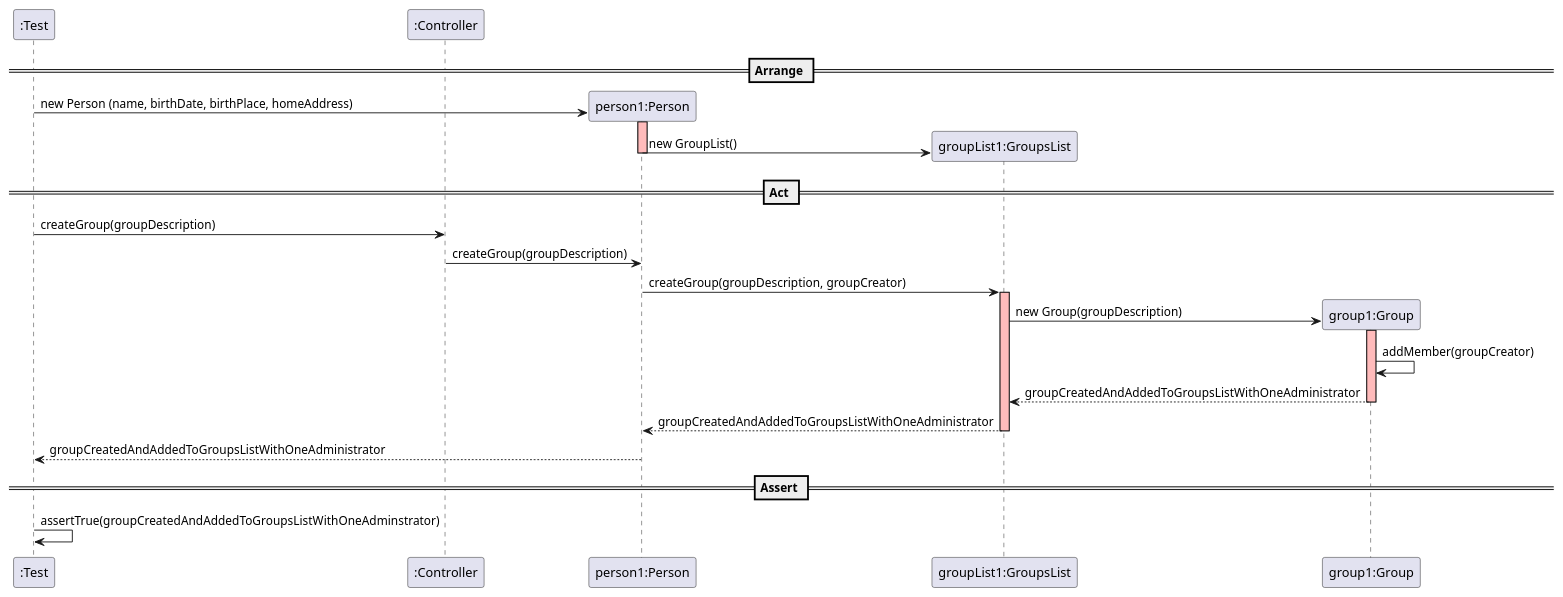
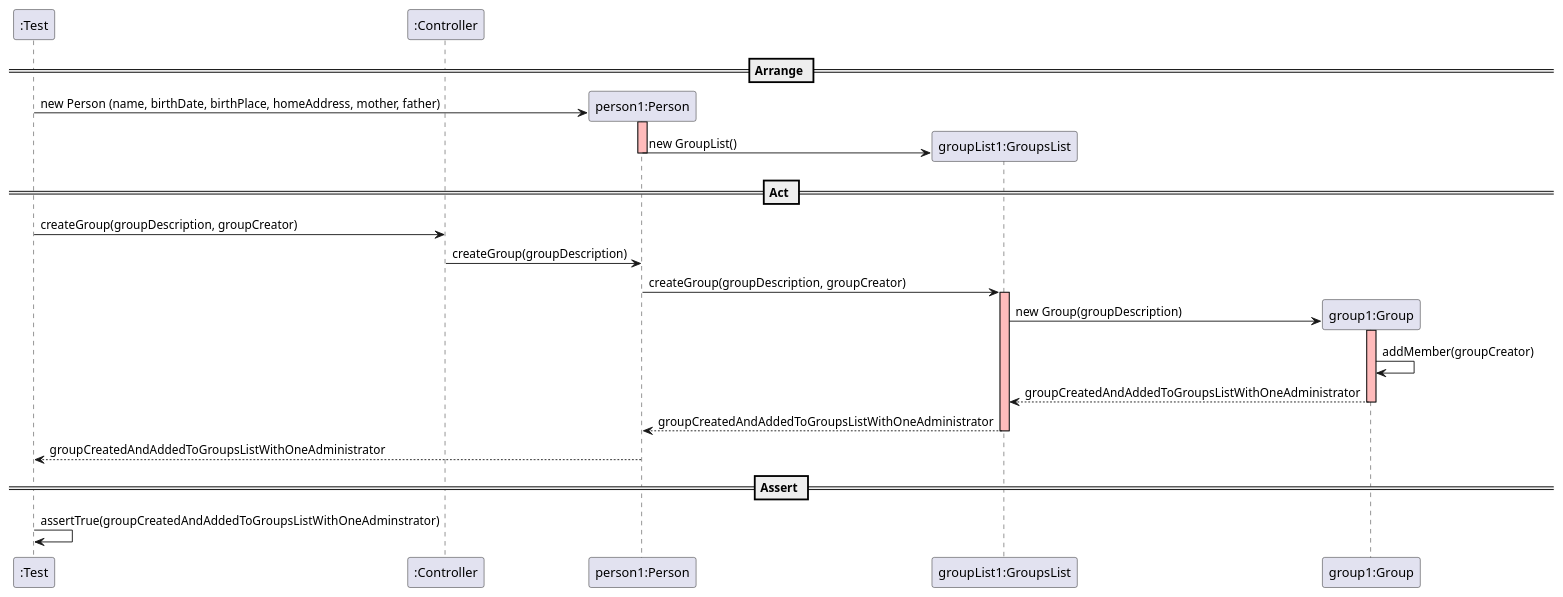
Before and after one commit to mleitaoribeiro/DevOpsMaven: the diagram in docs/SequenceDiagram - US002.1.puml, drawn with PlantUML. The commit also changed 2 other files, not shown here.

Commit message:
fix #393 update sequence diagram

```diff
--- a/docs/SequenceDiagram - US002.1.puml
+++ b/docs/SequenceDiagram - US002.1.puml
@@ -1,43 +1,43 @@
 @startuml
 
 create ":Test"
 create ":Controller"
 == Arrange ==
 
 create "person1:Person"
-":Test" -> "person1:Person" : new Person (name, birthDate, birthPlace, homeAddress)
+":Test" -> "person1:Person" : new Person (name, birthDate, birthPlace, homeAddress, mother, father)
 activate "person1:Person" #FFBBBB
 
 create "groupList1:GroupsList"
 "person1:Person" -> "groupList1:GroupsList" : new GroupList()
 deactivate "person1:Person" #FFBBBB
 
 == Act ==
-":Test" -> ":Controller" : createGroup(groupDescription)
+":Test" -> ":Controller" : createGroup(groupDescription, groupCreator)
 ":Controller" -> "person1:Person" : createGroup(groupDescription)
 
 
 
 "person1:Person" -> "groupList1:GroupsList" : createGroup(groupDescription, groupCreator)
 activate "groupList1:GroupsList" #FFBBBB
 
 create "group1:Group"
 "groupList1:GroupsList" -> "group1:Group" : new Group(groupDescription)
 activate "group1:Group" #FFBBBB
 
 "group1:Group" -> "group1:Group": addMember(groupCreator)
 
 "group1:Group" --> "groupList1:GroupsList" : groupCreatedAndAddedToGroupsListWithOneAdministrator
 deactivate "group1:Group" #FFBBBB
 
 "groupList1:GroupsList" --> "person1:Person" : groupCreatedAndAddedToGroupsListWithOneAdministrator
 deactivate "groupList1:GroupsList" #FFBBBB
 
 "person1:Person" --> ":Test" : groupCreatedAndAddedToGroupsListWithOneAdministrator
 deactivate  "person1:Person" #FFBBBB
 
 == Assert ==
 
 ":Test" -> ":Test" : assertTrue(groupCreatedAndAddedToGroupsListWithOneAdminstrator)
 
 @enduml
```
